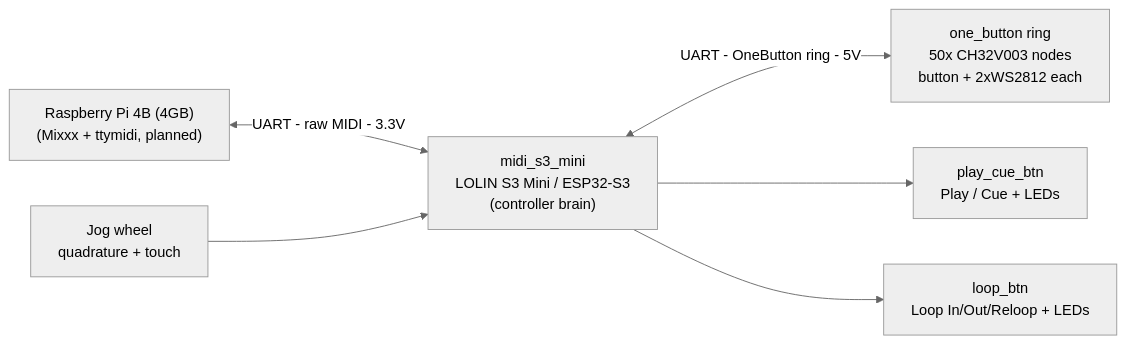
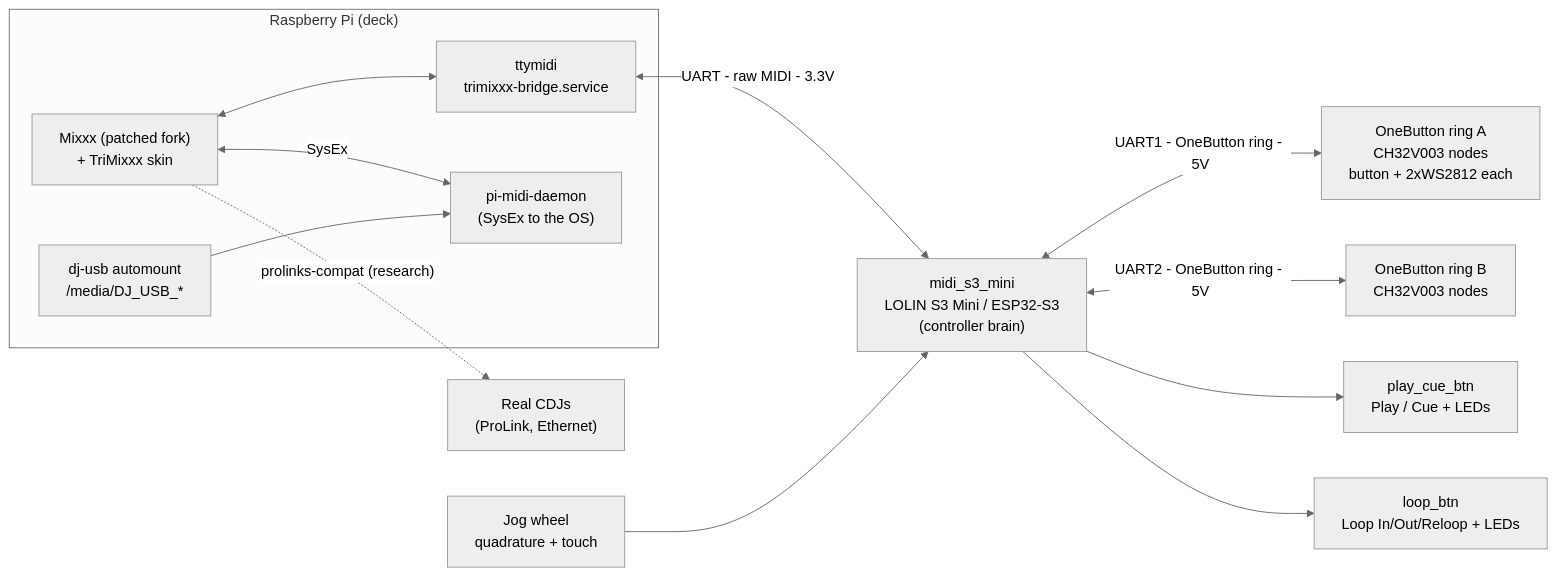
One commit to usr-ein/TriMixxx changed the diagram in README.md. Above: the diagram before and after it, drawn with Mermaid (neutral theme). The commit also changed other lines of this file and 2 other files, not shown here.

First line of the commit message:
docs: bring the READMEs up to date with the working deck

````diff
--- a/README.md
+++ b/README.md
@@ -30,15 +32,28 @@
 ```mermaid
 flowchart LR
-    Pi["Raspberry Pi 4B (4GB)<br/>(Mixxx + ttymidi, planned)"]
+    subgraph PiBox["Raspberry Pi (deck)"]
+        Mixxx["Mixxx (patched fork)<br/>+ TriMixxx skin"]
+        Tty["ttymidi<br/>trimixxx-bridge.service"]
+        Daemon["pi-midi-daemon<br/>(SysEx to the OS)"]
+        Usb["dj-usb automount<br/>/media/DJ_USB_*"]
+    end
+
     S3["midi_s3_mini<br/>LOLIN S3 Mini / ESP32-S3<br/>(controller brain)"]
-    Ring["one_button ring<br/>50x CH32V003 nodes<br/>button + 2xWS2812 each"]
+    RingA["OneButton ring A<br/>CH32V003 nodes<br/>button + 2xWS2812 each"]
+    RingB["OneButton ring B<br/>CH32V003 nodes"]
     PlayCue["play_cue_btn<br/>Play / Cue + LEDs"]
     Loop["loop_btn<br/>Loop In/Out/Reloop + LEDs"]
     Jog["Jog wheel<br/>quadrature + touch"]
+    CDJ["Real CDJs<br/>(ProLink, Ethernet)"]
 
-    Pi <-->|"UART - raw MIDI - 3.3V"| S3
-    S3 <-->|"UART - OneButton ring - 5V"| Ring
+    Mixxx <--> Tty
+    Mixxx <-->|SysEx| Daemon
+    Usb --> Daemon
+    Tty <-->|"UART - raw MIDI - 3.3V"| S3
+    S3 <-->|"UART1 - OneButton ring - 5V"| RingA
+    S3 <-->|"UART2 - OneButton ring - 5V"| RingB
     S3 --> PlayCue
     S3 --> Loop
     Jog --> S3
+    Mixxx -.->|"prolinks-compat (research)"| CDJ
 ```
````
